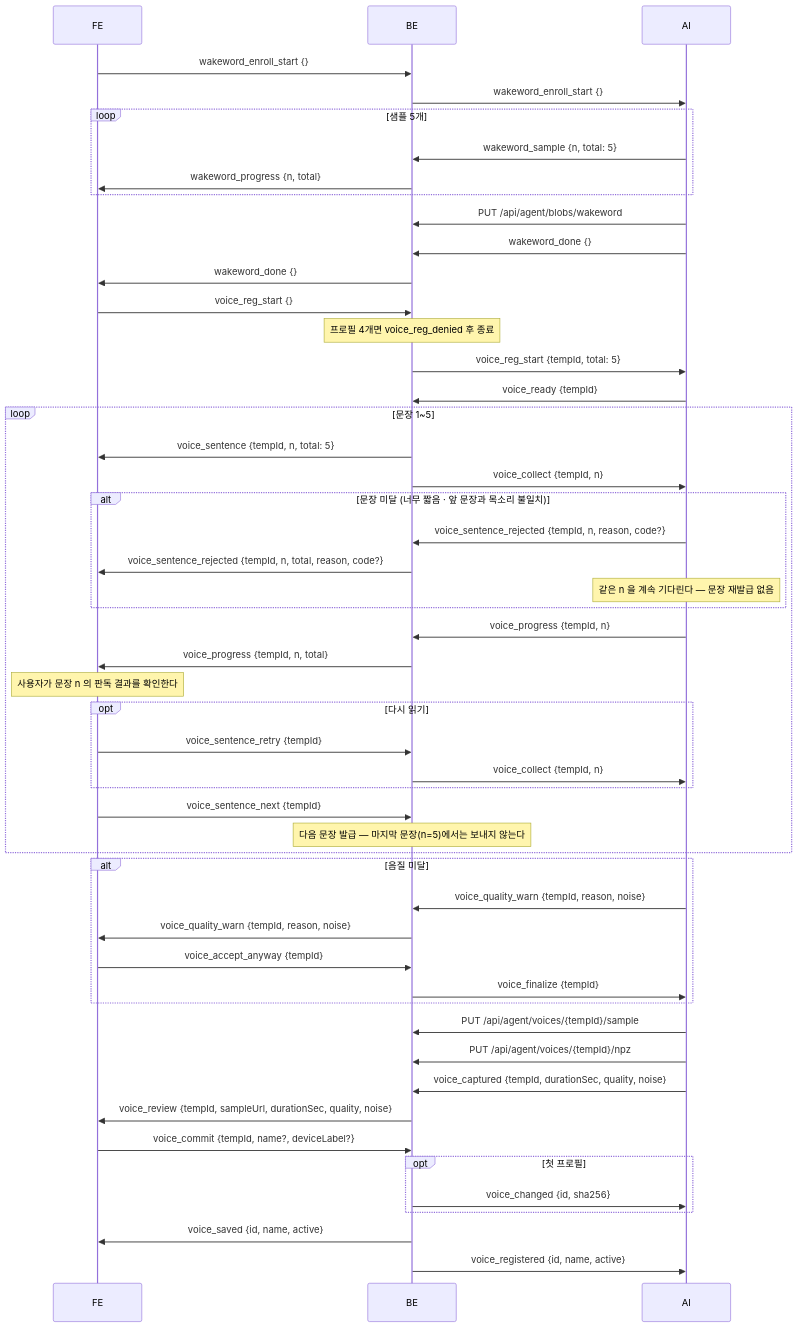
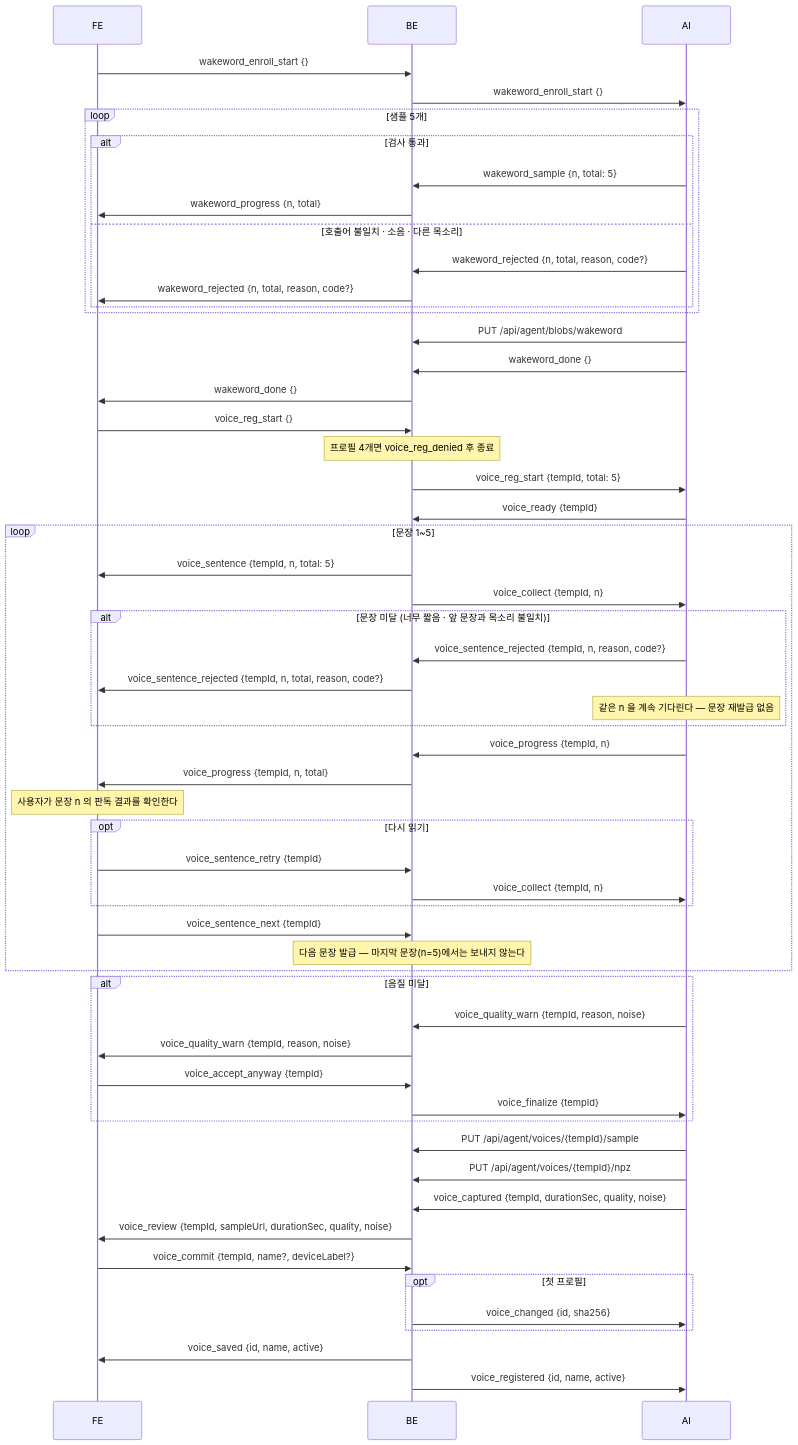
The tenth of 13 diagrams in Backend/docs/프로토콜.md (42JH/SIA), drawn with Mermaid before and after one commit. The commit also changed other lines of this file and 1 other file, not shown here.

Commit message:
S15P21D106-314 docs(BE): 프로토콜·API 명세서에 wakeword_rejected 반영
- AI→BE · BE→FE 이벤트 표와 온보딩 시퀀스에 거절 경로 추가함
- 5/5 여도 wakeword_done 없이는 완료가 아니라는 점, 모델 저장 실패도 같은 이벤트라는 점 명시함
- 두 문서의 voice_sentence_rejected code 어휘가 2종만 적혀 있어 실제 4종으로 정정함

````diff
--- a/Backend/docs/프로토콜.md
+++ b/Backend/docs/프로토콜.md
@@ -1053,53 +1055,58 @@
 ```mermaid
 sequenceDiagram
     participant FE
     participant BE
     participant AI
     FE->>BE: wakeword_enroll_start {}
     BE->>AI: wakeword_enroll_start {}
     loop 샘플 5개
-        AI->>BE: wakeword_sample {n, total: 5}
-        BE->>FE: wakeword_progress {n, total}
+        alt 검사 통과
+            AI->>BE: wakeword_sample {n, total: 5}
+            BE->>FE: wakeword_progress {n, total}
+        else 호출어 불일치 · 소음 · 다른 목소리
+            AI->>BE: wakeword_rejected {n, total, reason, code?}
+            BE->>FE: wakeword_rejected {n, total, reason, code?}
+        end
     end
     AI->>BE: PUT /api/agent/blobs/wakeword
     AI->>BE: wakeword_done {}
     BE->>FE: wakeword_done {}
     FE->>BE: voice_reg_start {}
     Note over BE: 프로필 4개면 voice_reg_denied 후 종료
     BE->>AI: voice_reg_start {tempId, total: 5}
     AI->>BE: voice_ready {tempId}
     loop 문장 1~5
         BE->>FE: voice_sentence {tempId, n, total: 5}
         BE->>AI: voice_collect {tempId, n}
         alt 문장 미달 (너무 짧음 · 앞 문장과 목소리 불일치)
             AI->>BE: voice_sentence_rejected {tempId, n, reason, code?}
             BE->>FE: voice_sentence_rejected {tempId, n, total, reason, code?}
             Note over AI: 같은 n 을 계속 기다린다 — 문장 재발급 없음
         end
         AI->>BE: voice_progress {tempId, n}
         BE->>FE: voice_progress {tempId, n, total}
         Note over FE: 사용자가 문장 n 의 판독 결과를 확인한다
         opt 다시 읽기
             FE->>BE: voice_sentence_retry {tempId}
             BE->>AI: voice_collect {tempId, n}
         end
         FE->>BE: voice_sentence_next {tempId}
         Note over BE: 다음 문장 발급 — 마지막 문장(n=5)에서는 보내지 않는다
     end
     alt 음질 미달
         AI->>BE: voice_quality_warn {tempId, reason, noise}
         BE->>FE: voice_quality_warn {tempId, reason, noise}
         FE->>BE: voice_accept_anyway {tempId}
         BE->>AI: voice_finalize {tempId}
     end
     AI->>BE: PUT /api/agent/voices/{tempId}/sample
     AI->>BE: PUT /api/agent/voices/{tempId}/npz
     AI->>BE: voice_captured {tempId, durationSec, quality, noise}
     BE->>FE: voice_review {tempId, sampleUrl, durationSec, quality, noise}
     FE->>BE: voice_commit {tempId, name?, deviceLabel?}
     opt 첫 프로필
         BE->>AI: voice_changed {id, sha256}
     end
     BE->>FE: voice_saved {id, name, active}
     BE->>AI: voice_registered {id, name, active}
 ```
````
